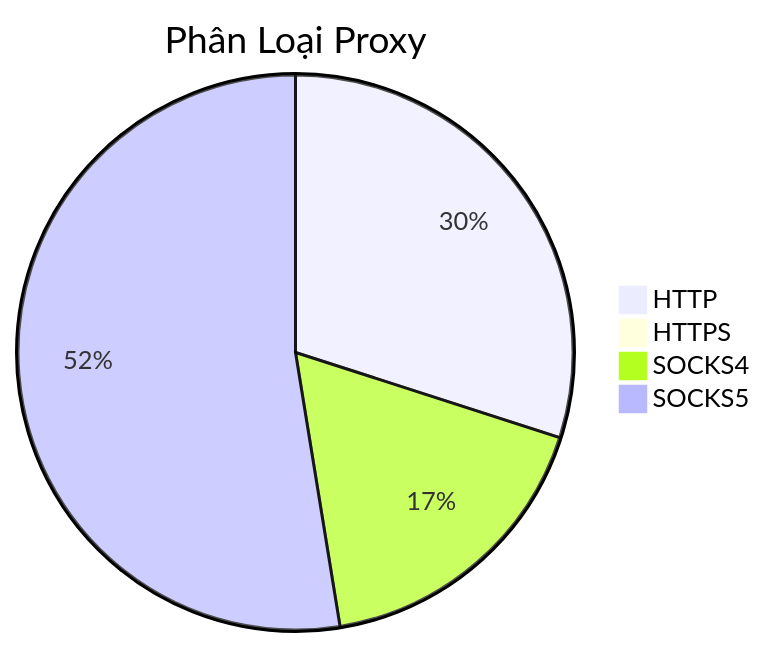
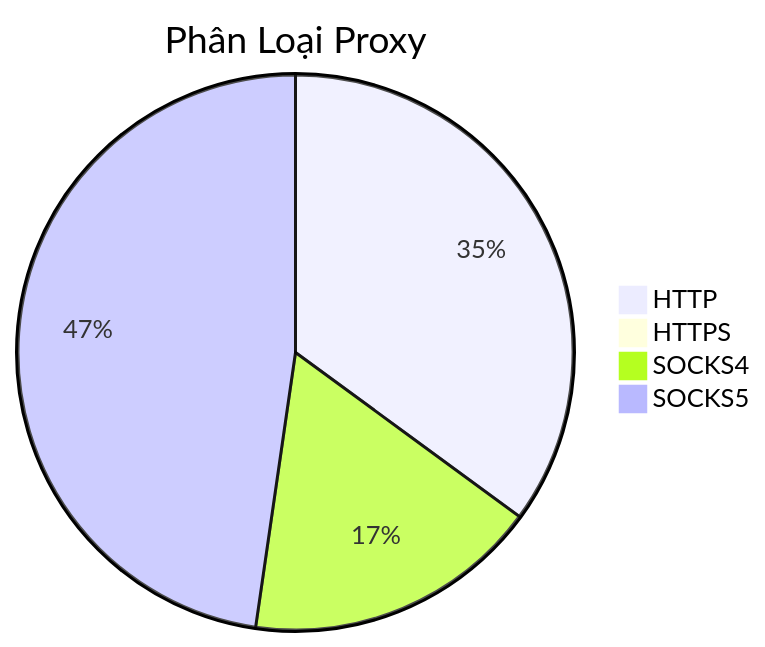
One commit to Ciara-Aa/PROXY-free changed the diagram in README.md. Above: the diagram before and after it, drawn with Mermaid. The commit also changed other lines of this file and 4 other files, not shown here.

````diff
--- a/README.md
+++ b/README.md
@@ -26,7 +26,7 @@
 ```mermaid
 pie title Phân Loại Proxy
-    "HTTP" : 391
-    "HTTPS" : 3
-    "SOCKS4" : 228
-    "SOCKS5" : 686
+    "HTTP" : 527
+    "HTTPS" : 8
+    "SOCKS4" : 259
+    "SOCKS5" : 717
 ```
````
